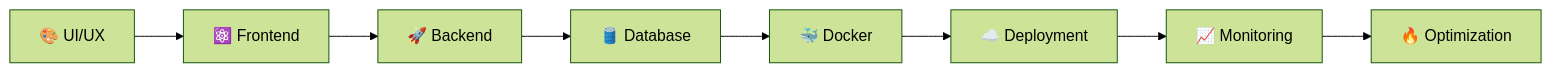
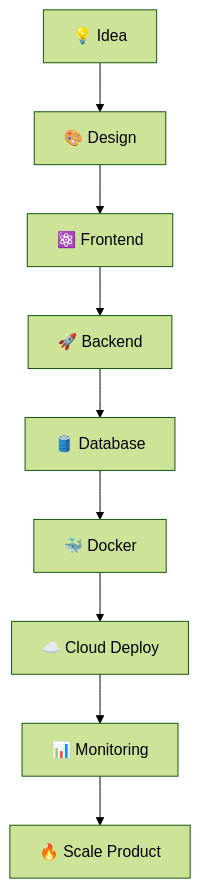
Before and after one commit to Aviral-1/Aviral-1: the diagram in README.md, drawn with Mermaid (forest theme). The commit also changed other lines of this file, not shown here.

````diff
--- a/README.md
+++ b/README.md
@@ -195,11 +230,12 @@
 ```mermaid
-flowchart LR
+flowchart TD
 
-A[🎨 UI/UX] --> B[⚛️ Frontend]
-B --> C[🚀 Backend]
-C --> D[🛢️ Database]
-D --> E[🐳 Docker]
-E --> F[☁️ Deployment]
-F --> G[📈 Monitoring]
-G --> H[🔥 Optimization]
+A[💡 Idea] --> B[🎨 Design]
+B --> C[⚛️ Frontend]
+C --> D[🚀 Backend]
+D --> E[🛢️ Database]
+E --> F[🐳 Docker]
+F --> G[☁️ Cloud Deploy]
+G --> H[📊 Monitoring]
+H --> I[🔥 Scale Product]
 ```
````
